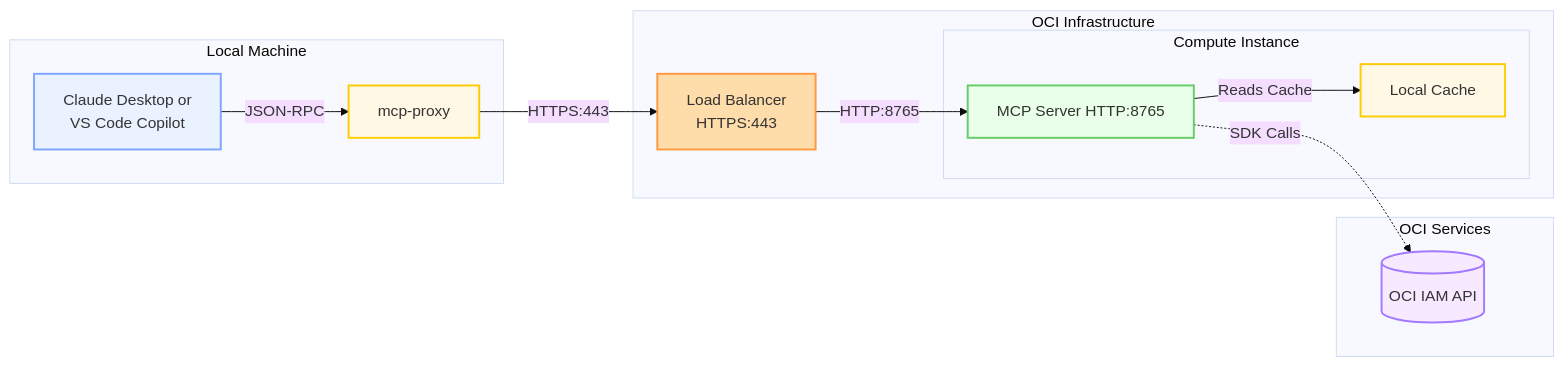
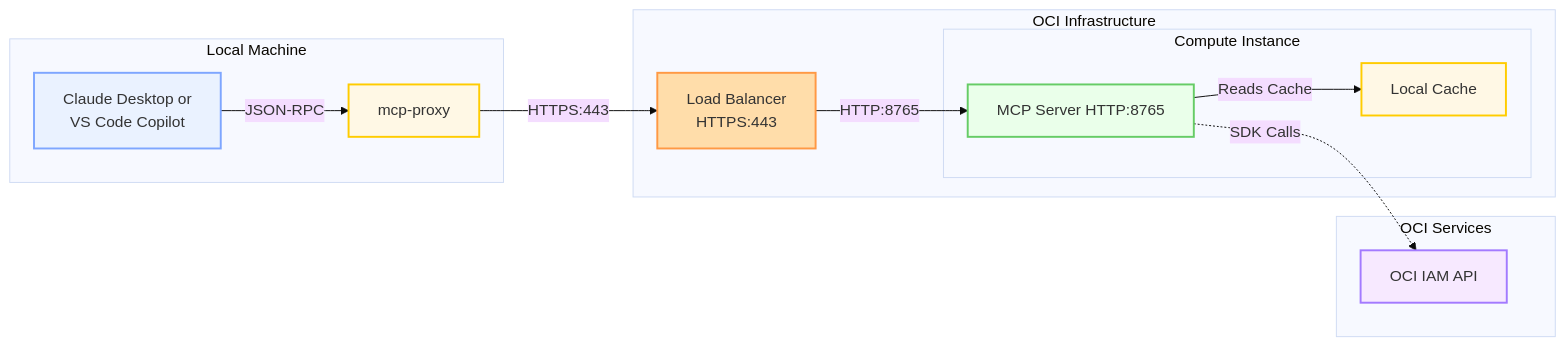
Before and after one commit to agregory999/oci-policy-analysis: the seventh of 7 diagrams in README_MCP.md, drawn with Mermaid (base theme). The commit also changed other lines of this file, not shown here.

Commit message:
Fix formatting in flowchart descriptions

````diff
--- a/README_MCP.md
+++ b/README_MCP.md
@@ -349,33 +349,33 @@
 ```mermaid
 flowchart LR
     subgraph LOCAL["Local Machine"]
         CLIENT[Claude Desktop or<br/>VS Code Copilot]
         PROXY[mcp-proxy]
     end
 
     subgraph OCI_INFRA["OCI Infrastructure"]
         LB[Load Balancer<br/>HTTPS:443]
         
         subgraph COMPUTE["Compute Instance"]
             MCP[MCP Server HTTP:8765]
             CACHE[Local Cache]
         end
     end
 
     subgraph OCI_SERVICES["OCI Services"]
-        API[(OCI IAM API)]
+        API[OCI IAM API]
     end
 
     CLIENT -->|JSON-RPC| PROXY
     PROXY -->|HTTPS:443| LB
     LB -->|HTTP:8765| MCP
     MCP -->|Reads Cache| CACHE
     MCP -.->|SDK Calls| API
 
     style CLIENT fill:#eaf2ff,stroke:#7ea6ff,stroke-width:2px
     style PROXY fill:#fff8e5,stroke:#ffcc00,stroke-width:2px
     style LB fill:#ffddaa,stroke:#ff9944,stroke-width:2px
     style MCP fill:#eaffea,stroke:#66cc66,stroke-width:2px
     style CACHE fill:#fff8e5,stroke:#ffcc00,stroke-width:2px
     style API fill:#f7e9ff,stroke:#a37aff,stroke-width:2px
 ```
````
